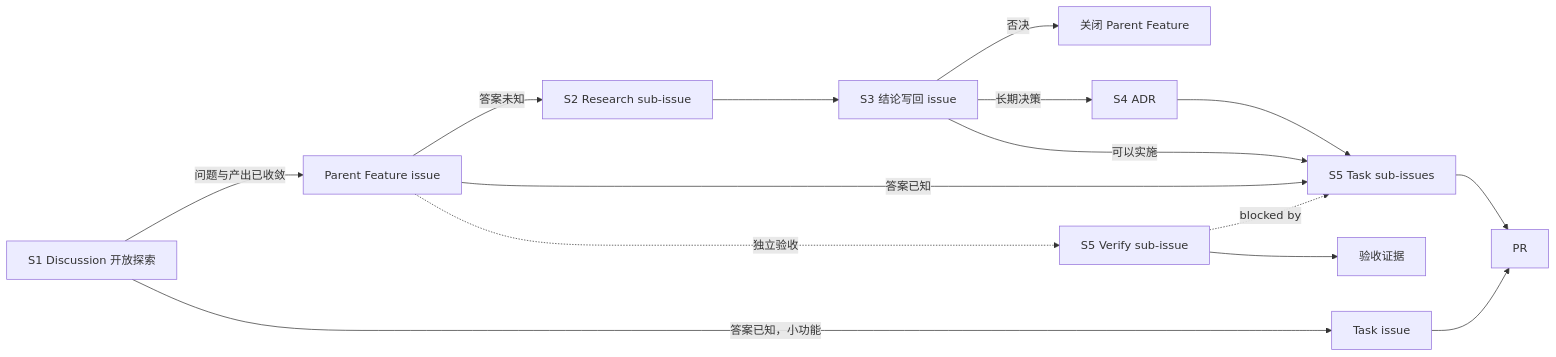
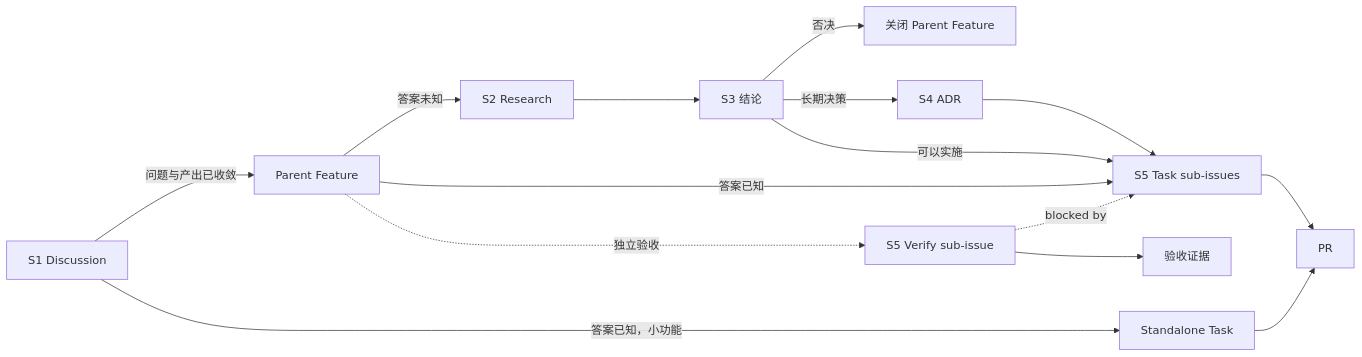
Before and after one commit to wyz541/kmp-Covio: the diagram in docs/process/workflow.md, drawn with Mermaid. The commit also changed other lines of this file, not shown here.

````diff
--- a/docs/process/workflow.md
+++ b/docs/process/workflow.md
@@ -56,17 +84,17 @@
 ```mermaid
 flowchart LR
-  A["S1 Discussion 开放探索"] -->|问题与产出已收敛| P["Parent Feature issue"]
-  A -->|答案已知，小功能| T0["Task issue"]
-  P -->|答案未知| R["S2 Research sub-issue"]
-  P -->|答案已知| G["S5 Task sub-issues"]
-  P -.独立验收.-> V["S5 Verify sub-issue"]
-  R --> C["S3 结论写回 issue"]
+  A["S1 Discussion"] -->|问题与产出已收敛| P["Parent Feature"]
+  A -->|答案已知，小功能| T0["Standalone Task"]
+  P -->|答案未知| R["S2 Research"]
+  P -->|答案已知| T["S5 Task sub-issues"]
+  R --> C["S3 结论"]
   C -->|否决| X["关闭 Parent Feature"]
   C -->|长期决策| E["S4 ADR"]
-  C -->|可以实施| G
-  E --> G
-  G --> H["PR"]
-  V -.blocked by.-> G
+  C -->|可以实施| T
+  E --> T
+  P -.独立验收.-> V["S5 Verify sub-issue"]
+  T --> H["PR"]
+  V -.blocked by.-> T
   V --> Q["验收证据"]
   T0 --> H
 ```
````
